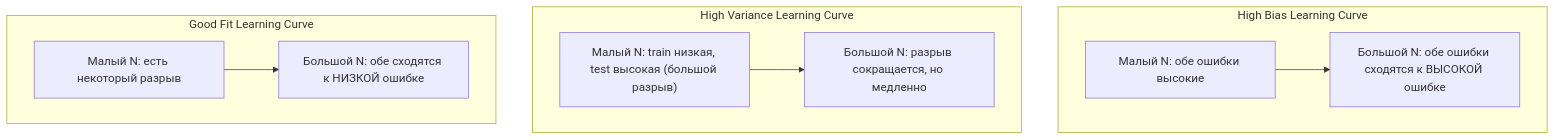
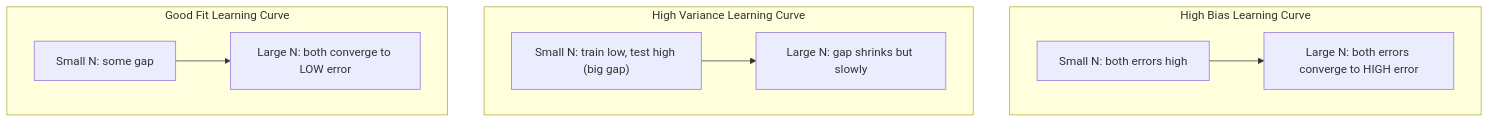
The fourth of 5 diagrams in phases/02-ml-fundamentals/10-bias-variance/docs/ru.md (stabuev/ai-engineering-from-scratch), drawn with Mermaid before and after one commit. The commit also changed other lines of this file and 182 other files, not shown here.

````diff
--- a/phases/02-ml-fundamentals/10-bias-variance/docs/ru.md
+++ b/phases/02-ml-fundamentals/10-bias-variance/docs/ru.md
@@ -200,23 +200,23 @@
 ```mermaid
 flowchart TD
     subgraph HB["High Bias Learning Curve"]
         direction LR
-        HB1["Малый N: обе ошибки высокие"]
-        HB2["Большой N: обе ошибки сходятся к ВЫСОКОЙ ошибке"]
+        HB1["Small N: both errors high"]
+        HB2["Large N: both errors converge to HIGH error"]
         HB1 --> HB2
     end
 
     subgraph HV["High Variance Learning Curve"]
         direction LR
-        HV1["Малый N: train низкая, test высокая (большой разрыв)"]
-        HV2["Большой N: разрыв сокращается, но медленно"]
+        HV1["Small N: train low, test high (big gap)"]
+        HV2["Large N: gap shrinks but slowly"]
         HV1 --> HV2
     end
 
     subgraph GF["Good Fit Learning Curve"]
         direction LR
-        GF1["Малый N: есть некоторый разрыв"]
-        GF2["Большой N: обе сходятся к НИЗКОЙ ошибке"]
+        GF1["Small N: some gap"]
+        GF2["Large N: both converge to LOW error"]
         GF1 --> GF2
     end
 ```
````
